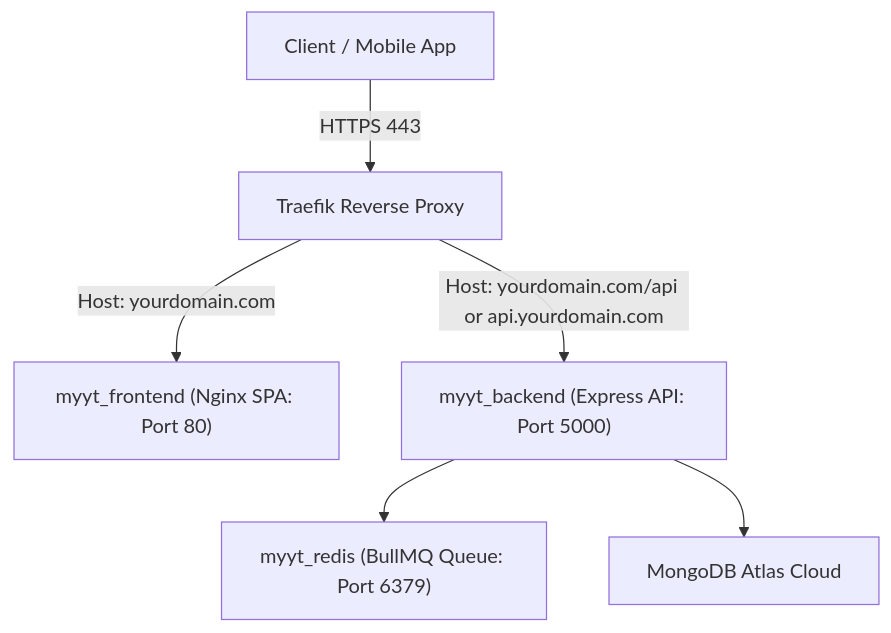
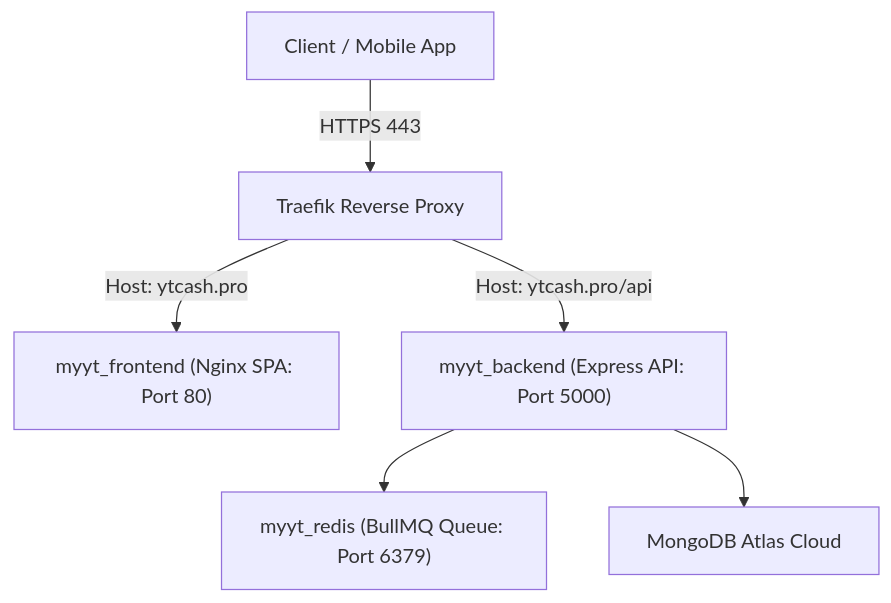
One commit to sequenceit-git/myYT_web changed the diagram in DEPLOY_GUIDE.md. Above: the diagram before and after it, drawn with Mermaid. The commit also changed other lines of this file and 12 other files, not shown here.

Commit message:
feat: migrate domain to ytcash.pro, add Telegram support widget, terms page, and server local db support

````diff
--- a/DEPLOY_GUIDE.md
+++ b/DEPLOY_GUIDE.md
@@ -9,8 +9,8 @@
 ```mermaid
 graph TD
     Client["Client / Mobile App"] -->|HTTPS 443| Traefik["Traefik Reverse Proxy"]
-    Traefik -->|Host: yourdomain.com| Frontend["myyt_frontend (Nginx SPA: Port 80)"]
-    Traefik -->|Host: yourdomain.com/api or api.yourdomain.com| Backend["myyt_backend (Express API: Port 5000)"]
+    Traefik -->|Host: ytcash.pro| Frontend["myyt_frontend (Nginx SPA: Port 80)"]
+    Traefik -->|Host: ytcash.pro/api| Backend["myyt_backend (Express API: Port 5000)"]
     Backend --> Redis["myyt_redis (BullMQ Queue: Port 6379)"]
     Backend --> MongoDB["MongoDB Atlas Cloud"]
 ```
````
